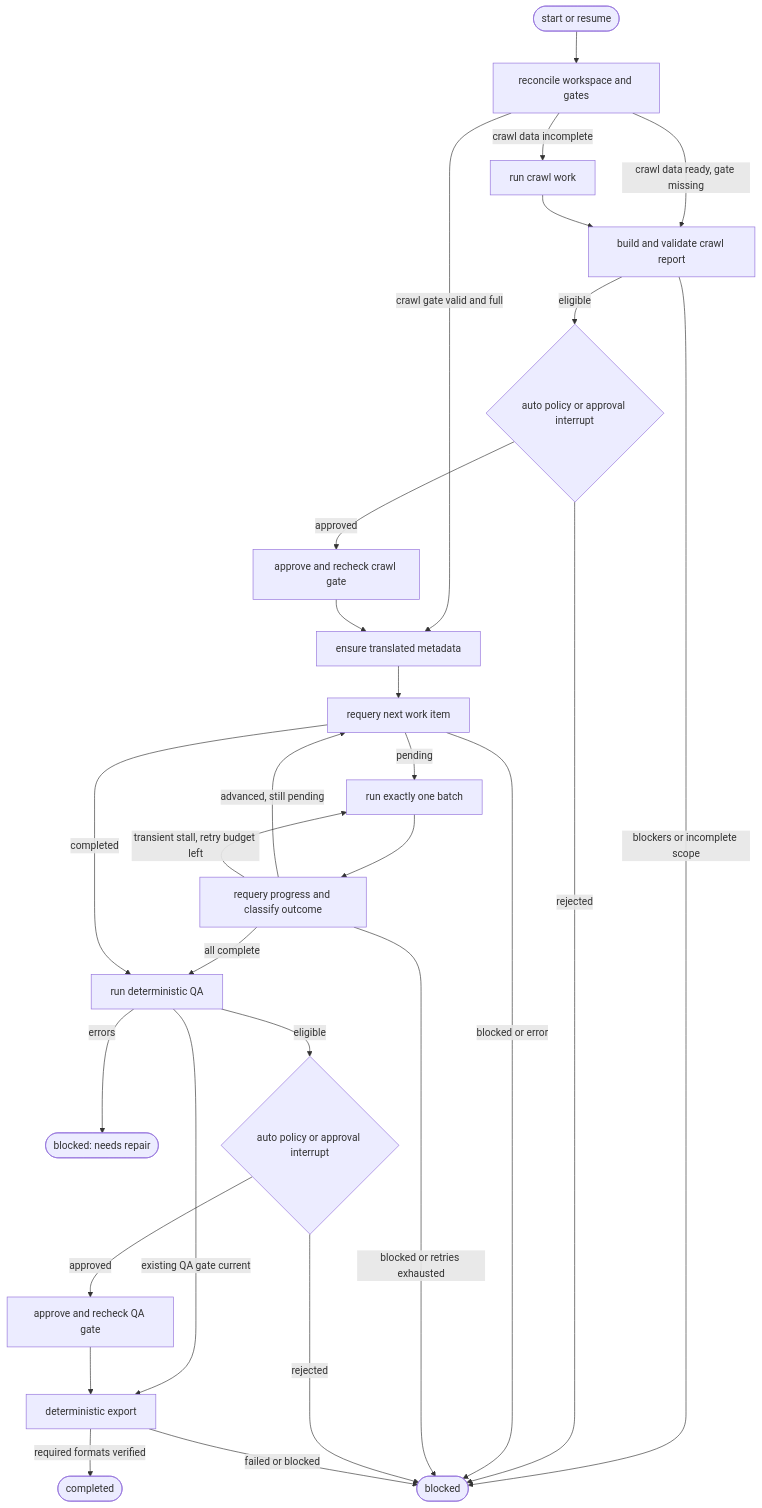
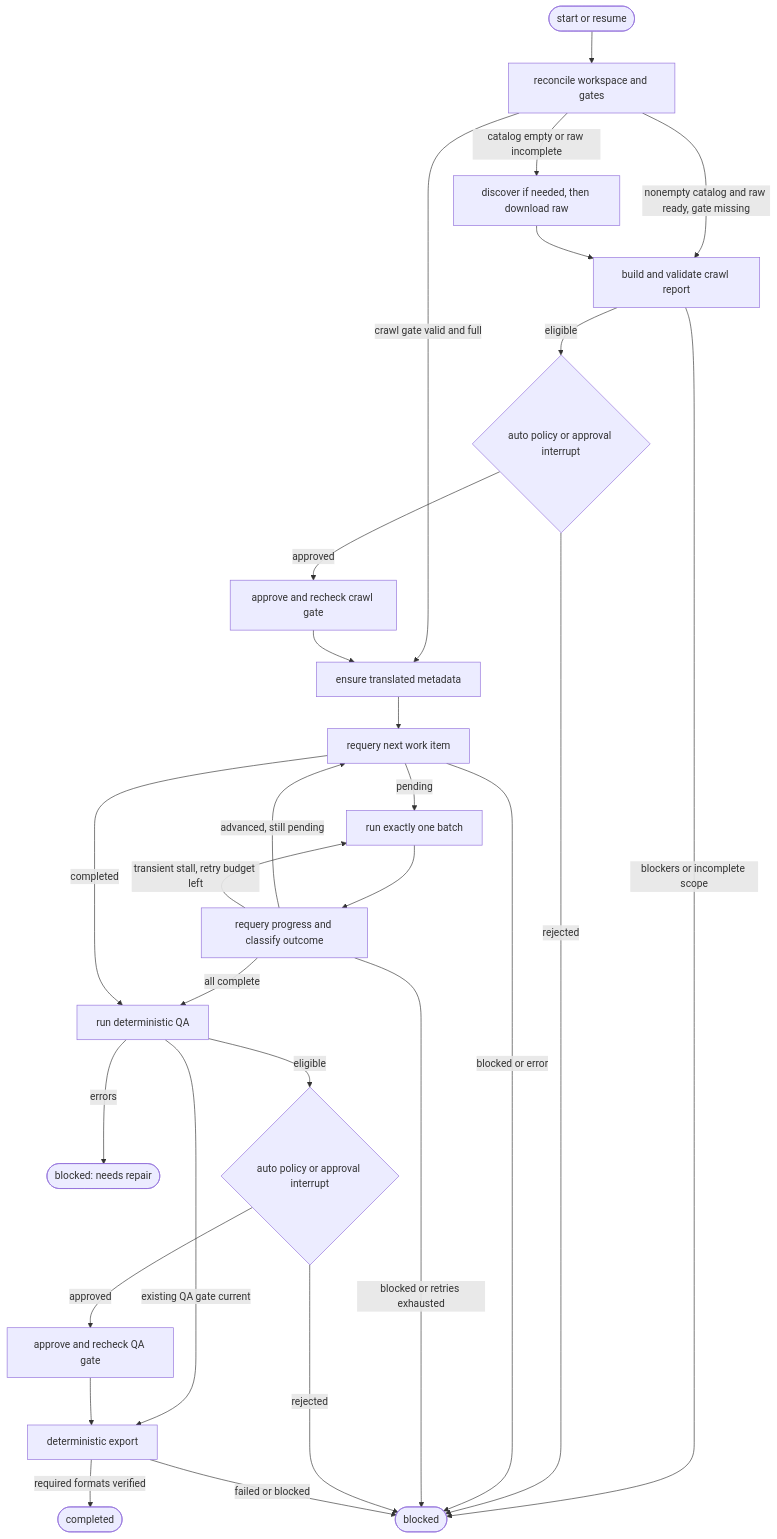
The diagram in docs/superpowers/specs/2026-09-25-orchestrator-langgraph-design.md (latuannetnam/dich-truyen-agent), drawn with Mermaid before and after one commit. The commit also changed other lines of this file, not shown here.

````diff
--- a/docs/superpowers/specs/2026-09-25-orchestrator-langgraph-design.md
+++ b/docs/superpowers/specs/2026-09-25-orchestrator-langgraph-design.md
@@ -101,30 +101,30 @@
 ```mermaid
 flowchart TD
     Start([start or resume]) --> Inspect[reconcile workspace and gates]
     Inspect -->|crawl gate valid and full| Metadata[ensure translated metadata]
-    Inspect -->|crawl data incomplete| Crawl[run crawl work]
-    Inspect -->|crawl data ready, gate missing| CrawlReport[build and validate crawl report]
+    Inspect -->|catalog empty or raw incomplete| Crawl[discover if needed, then download raw]
+    Inspect -->|nonempty catalog and raw ready, gate missing| CrawlReport[build and validate crawl report]
     Crawl --> CrawlReport
     CrawlReport -->|blockers or incomplete scope| Blocked([blocked])
     CrawlReport -->|eligible| CrawlDecision{auto policy or approval interrupt}
     CrawlDecision -->|approved| ApproveCrawl[approve and recheck crawl gate]
     CrawlDecision -->|rejected| Blocked
     ApproveCrawl --> Metadata
     Metadata --> NextItem[requery next work item]
     NextItem -->|pending| Batch[run exactly one batch]
     NextItem -->|blocked or error| Blocked
     Batch --> Reconcile[requery progress and classify outcome]
     Reconcile -->|advanced, still pending| NextItem
     Reconcile -->|transient stall, retry budget left| Batch
     Reconcile -->|blocked or retries exhausted| Blocked
     Reconcile -->|all complete| QA[run deterministic QA]
     NextItem -->|completed| QA
     QA -->|existing QA gate current| Export
     QA -->|errors| NeedsRepair([blocked: needs repair])
     QA -->|eligible| QADecision{auto policy or approval interrupt}
     QADecision -->|approved| ApproveQA[approve and recheck QA gate]
     QADecision -->|rejected| Blocked
     ApproveQA --> Export[deterministic export]
     Export -->|required formats verified| Done([completed])
     Export -->|failed or blocked| Blocked
 ```
````
